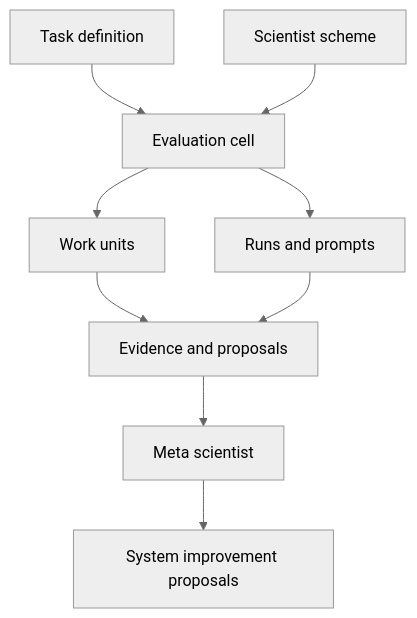
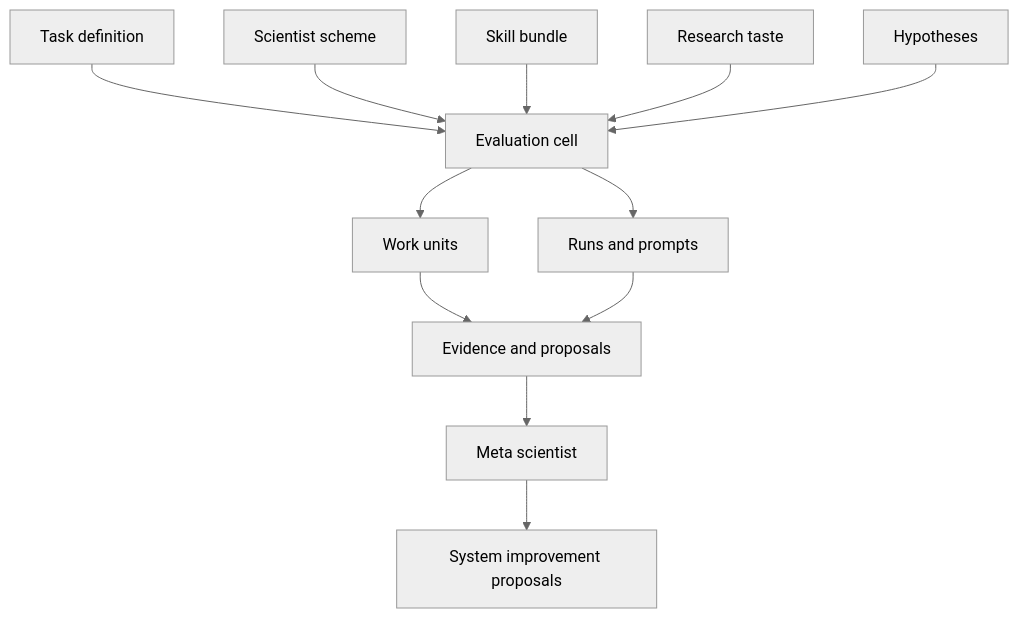
Before and after one commit to sungsoo-ahn/ai-lab: the diagram in docs/system/architecture.md, drawn with Mermaid (neutral theme). The commit also changed other lines of this file and 24 other files, not shown here.

````diff
--- a/docs/system/architecture.md
+++ b/docs/system/architecture.md
@@ -5,11 +5,14 @@
 ```mermaid
 flowchart TD
   Task[Task definition] --> Cell[Evaluation cell]
   Scheme[Scientist scheme] --> Cell
+  Skill[Skill bundle] --> Cell
+  Taste[Research taste] --> Cell
+  Hypothesis[Hypotheses] --> Cell
   Cell --> WorkUnit[Work units]
   Cell --> Runs[Runs and prompts]
   WorkUnit --> Evidence[Evidence and proposals]
   Runs --> Evidence
   Evidence --> Meta[Meta scientist]
   Meta --> Proposal[System improvement proposals]
 ```
````
